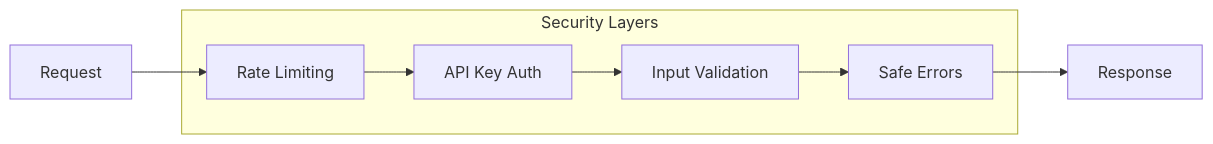
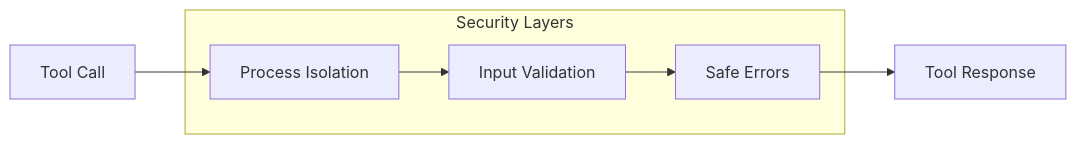
The ninth of 10 diagrams in docs/ARCHITECTURE.md (EricNguyen1206/erion-ember), drawn with Mermaid before and after one commit. The commit also changed other lines of this file and 7 other files, not shown here.

Commit message:
feat: Implement model override for embedding generation and refactor architecture for MCP server and vector index.

````diff
--- a/docs/ARCHITECTURE.md
+++ b/docs/ARCHITECTURE.md
@@ -303,11 +290,10 @@
 ```mermaid
 graph LR
     subgraph "Security Layers"
-        RL[Rate Limiting] --> AK[API Key Auth]
-        AK --> IV[Input Validation]
+        ISO[Process Isolation] --> IV[Input Validation]
         IV --> SE[Safe Errors]
     end
     
-    R[Request] --> RL
-    SE --> RS[Response]
+    R[Tool Call] --> ISO
+    SE --> RS[Tool Response]
 ```
````
